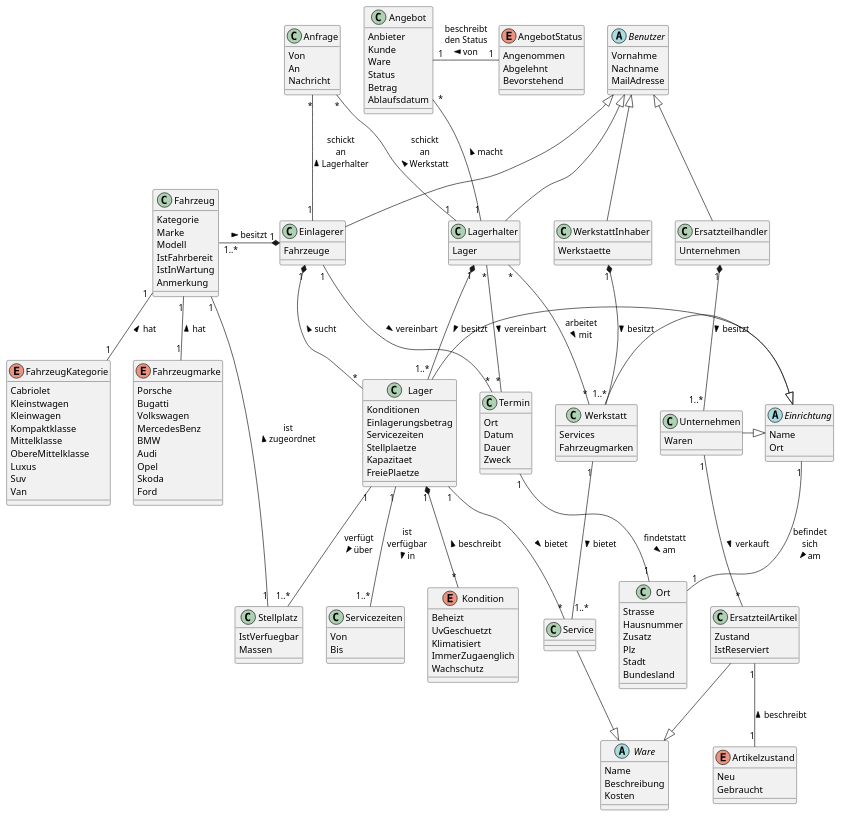
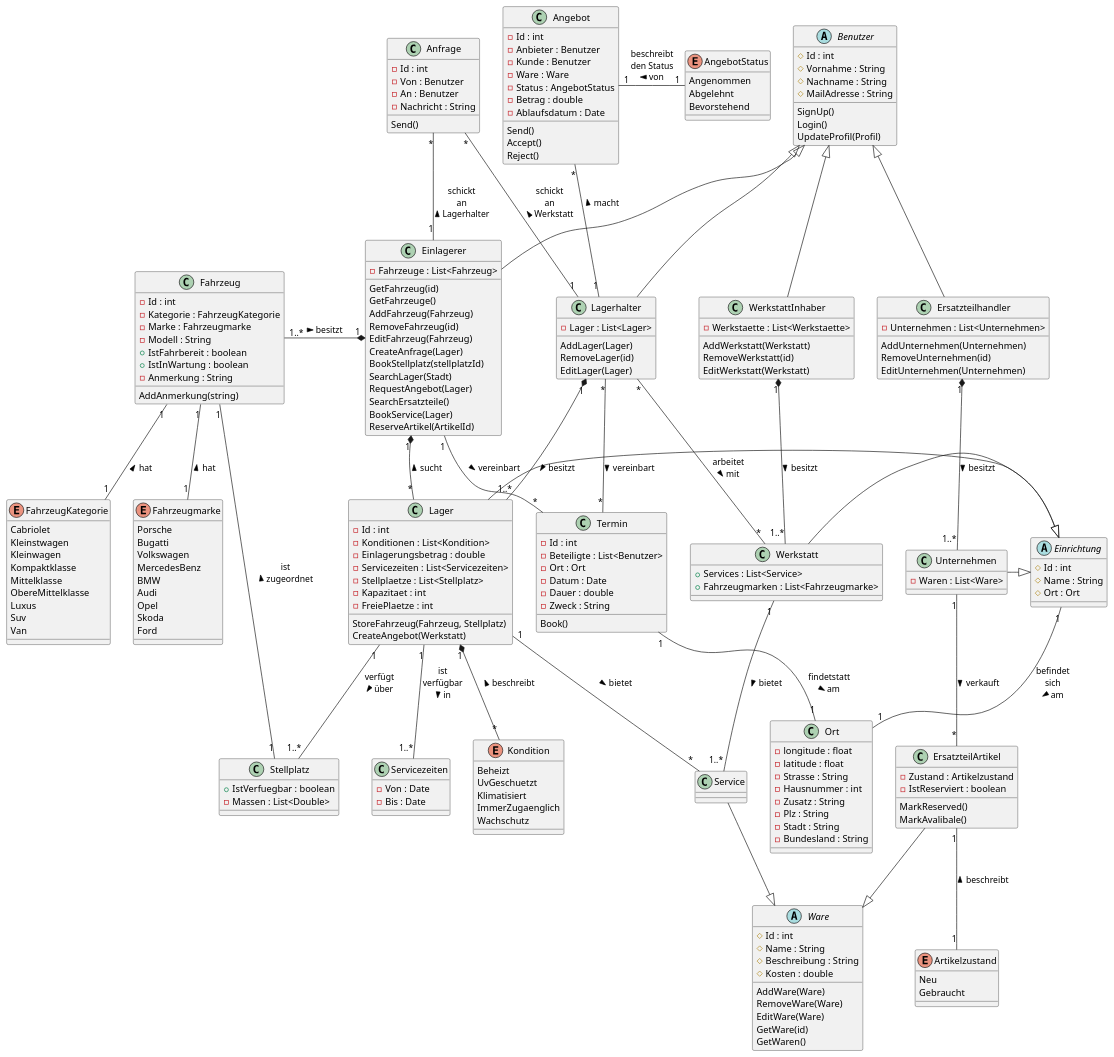
Before and after one commit to CedricNdong/The-Vintage-Car-Community: the diagram in Diagrams/domainmodel.plantuml, drawn with PlantUML.

Commit message:
methoden

```diff
--- a/Diagrams/domainmodel.plantuml
+++ b/Diagrams/domainmodel.plantuml
@@ -1,112 +1,161 @@
 @startuml
-
 abstract Benutzer {
-  Vornahme
-  Nachname
-  MailAdresse
+  # Id : int 
+  # Vornahme : String
+  # Nachname : String
+  # MailAdresse : String
+  SignUp()
+  Login()
+  UpdateProfil(Profil)
 }
 
 abstract  Einrichtung {
-  Name
-  Ort
+  # Id : int 
+  # Name : String
+  # Ort : Ort
 }
 
 abstract Ware {
-  Name
-  Beschreibung
-  Kosten
+  # Id : int 
+  # Name : String
+  # Beschreibung : String
+  # Kosten : double
+  AddWare(Ware)
+  RemoveWare(Ware)
+  EditWare(Ware)
+  GetWare(id)
+  GetWaren()
 }
 
 class Ort {
-  Strasse
-  Hausnummer
-  Zusatz
-  Plz
-  Stadt
-  Bundesland
+  - longitude : float
+  - latitude : float
+  - Strasse : String
+  - Hausnummer : int
+  - Zusatz : String
+  - Plz : String
+  - Stadt : String
+  - Bundesland : String
 }
 
 class Lagerhalter {
-  Lager
+  - Lager : List<Lager>
+  AddLager(Lager)
+  RemoveLager(id)
+  EditLager(Lager)
 }
 
 class Einlagerer {
-  Fahrzeuge
+  - Fahrzeuge : List<Fahrzeug>
+  GetFahrzeug(id)
+  GetFahrzeuge()
+  AddFahrzeug(Fahrzeug)
+  RemoveFahrzeug(id)
+  EditFahrzeug(Fahrzeug)
+  CreateAnfrage(Lager)
+  BookStellplatz(stellplatzId)
+  SearchLager(Stadt)
+  RequestAngebot(Lager)
+  SearchErsatzteile()
+  BookService(Lager)
+  ReserveArtikel(ArtikelId)
 }
 
 class WerkstattInhaber {
-  Werkstaette
+  - Werkstaette : List<Werkstaette>
+  AddWerkstatt(Werkstatt)
+  RemoveWerkstatt(id)
+  EditWerkstatt(Werkstatt)
 }
 
 class Ersatzteilhandler {
-  Unternehmen
+  - Unternehmen : List<Unternehmen>
+  AddUnternehmen(Unternehmen)
+  RemoveUnternehmen(id)
+  EditUnternehmen(Unternehmen)
 }
 
 class Stellplatz {
-  IstVerfuegbar
-  Massen
+  + IstVerfuegbar : boolean
+  - Massen : List<Double>
 }
 
 class Fahrzeug {
-  Kategorie
-  Marke
-  Modell
-  IstFahrbereit
-  IstInWartung
-  Anmerkung
+  - Id : int 
+  - Kategorie : FahrzeugKategorie
+  - Marke : Fahrzeugmarke
+  - Modell : String
+  + IstFahrbereit : boolean
+  + IstInWartung : boolean
+  - Anmerkung : String
+  AddAnmerkung(string)
 }
 
 class Termin {
-  Ort
-  Datum
-  Dauer
-  Zweck
+  - Id : int 
+  - Beteiligte : List<Benutzer>
+  - Ort : Ort
+  - Datum : Date
+  - Dauer : double
+  - Zweck : String
+  Book()
 }
 
 class Service {
 }
 
 class Lager {
-  Konditionen
-  Einlagerungsbetrag
-  Servicezeiten
-  Stellplaetze
-  Kapazitaet
-  FreiePlaetze
+  - Id : int
+  - Konditionen : List<Kondition>
+  - Einlagerungsbetrag : double
+  - Servicezeiten : List<Servicezeiten>
+  - Stellplaetze : List<Stellplatz>
+  - Kapazitaet : int
+  - FreiePlaetze : int
+  StoreFahrzeug(Fahrzeug, Stellplatz)
+  CreateAngebot(Werkstatt)
 }
 
 class Servicezeiten {
-  Von
-  Bis
+  - Von : Date
+  - Bis : Date
 }
 
 class ErsatzteilArtikel {
-  Zustand
-  IstReserviert
+  - Zustand : Artikelzustand
+  - IstReserviert : boolean
+  MarkReserved()
+  MarkAvalibale()
 }
 
 class Werkstatt {
-  Services
-  Fahrzeugmarken
+  + Services : List<Service>
+  + Fahrzeugmarken : List<Fahrzeugmarke>
 }
 
 class Unternehmen {
-  Waren
+  - Waren : List<Ware>
 }
 
 class Anfrage {
-  Von
-  An
-  Nachricht
+  - Id : int 
+  - Von : Benutzer
+  - An : Benutzer
+  - Nachricht : String
+  Send()
 }
 
 class Angebot {
-  Anbieter
-  Kunde
-  Ware
-  Status
-  Betrag
-  Ablaufsdatum
+  - Id : int 
+  - Anbieter : Benutzer
+  - Kunde : Benutzer
+  - Ware : Ware
+  - Status : AngebotStatus
+  - Betrag : double
+  - Ablaufsdatum : Date
+  Send()
+  Accept()
+  Reject()
 }
 
 enum AngebotStatus {
@@ -153,17 +202,17 @@
 }
 
 
-Benutzer <|-- Lagerhalter 
-Benutzer <|-- Einlagerer 
-Benutzer <|-- WerkstattInhaber 
-Benutzer <|-- Ersatzteilhandler 
+Benutzer <|-- Lagerhalter
+Benutzer <|-- Einlagerer
+Benutzer <|-- WerkstattInhaber
+Benutzer <|-- Ersatzteilhandler
 
 Lager -right-|> Einrichtung  
-Werkstatt -right-|> Einrichtung 
-Unternehmen -right-|> Einrichtung 
+Werkstatt -right-|> Einrichtung
+Unternehmen -right-|> Einrichtung
 
-Lagerhalter "1" *-- "1..*" Lager : besitzt > 
-Lagerhalter "*" -- "*" Werkstatt : arbeitet\nmit > 
+Lagerhalter "1" *-- "1..*" Lager : besitzt >
+Lagerhalter "*" -- "*" Werkstatt : arbeitet\nmit >
 Lagerhalter "*" -- "*" Termin : vereinbart >
 Lagerhalter "1" -up- "*" Angebot : macht >
 
@@ -181,7 +230,7 @@
 Lager "1" -- "1..*" Servicezeiten : ist\nverfügbar\nin  >
 Lager "1" *-- "*" Kondition : beschreibt <
 Lager "1" -- "1..*" Stellplatz : verfügt\nüber >
-Lager "1" -- "*" Service : bietet > 
+Lager "1" -- "*" Service : bietet >
 
 Fahrzeug "1" -- "1" FahrzeugKategorie : hat <
 Fahrzeug "1" -- "1" Fahrzeugmarke : hat <
@@ -192,7 +241,7 @@
 Anfrage "*" -- "1" Einlagerer : schickt\nan\nLagerhalter <
 Anfrage "*" -- "1" Lagerhalter : schickt\nan\nWerkstatt <
 
-Werkstatt "1" -- "1..*" Service : bietet > 
+Werkstatt "1" -- "1..*" Service : bietet >
 
 Service  --|> Ware
 ErsatzteilArtikel  --|> Ware
```
